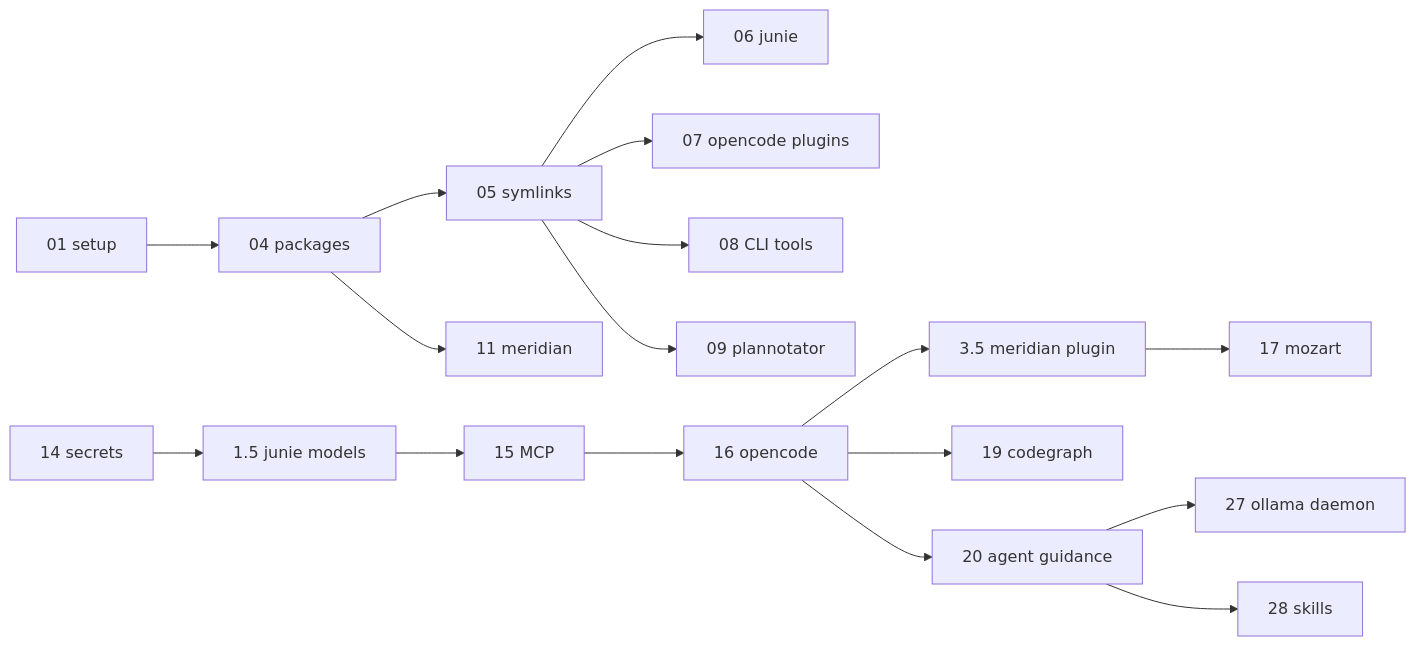
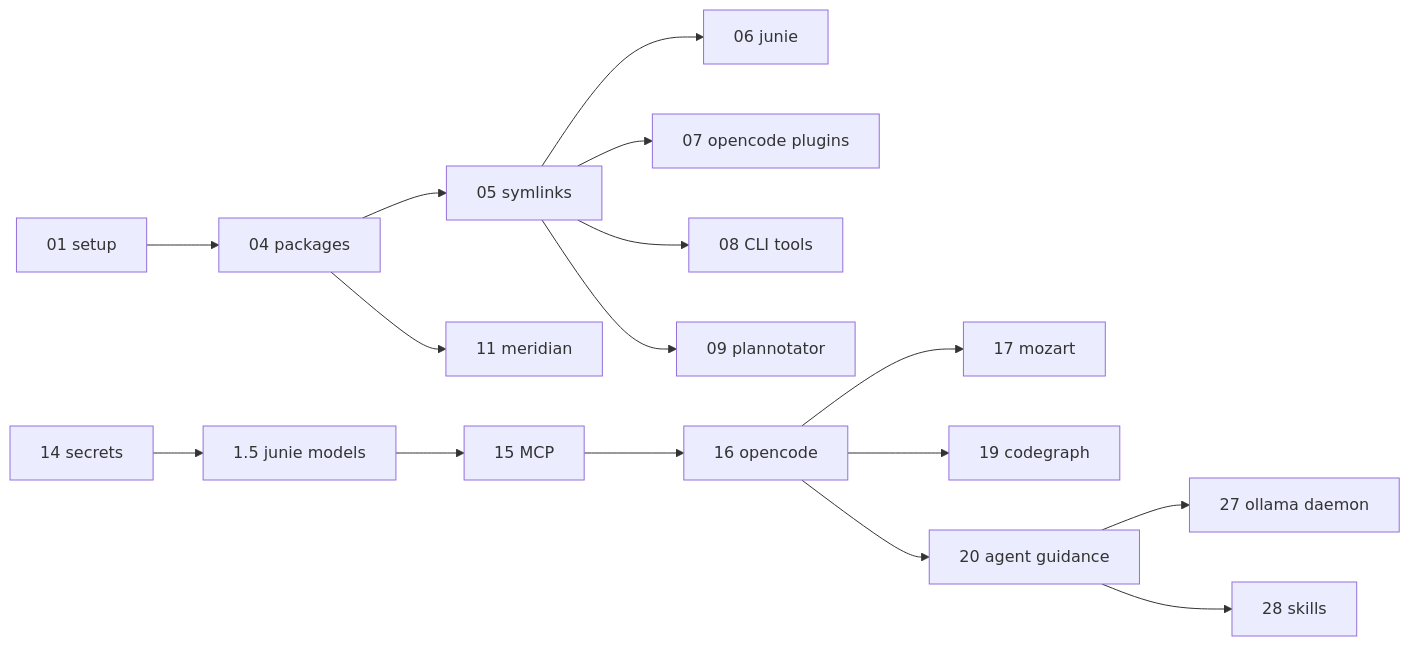
One commit to randytarampi/dotfiles changed the third of 3 diagrams in docs/ORCHESTRATION.md. Above: the diagram before and after it, drawn with Mermaid. The commit also changed other lines of this file and 45 other files, not shown here.

````diff
--- a/docs/ORCHESTRATION.md
+++ b/docs/ORCHESTRATION.md
@@ -263,19 +271,18 @@
 ```mermaid
 graph LR
     S01[01 setup] --> S04[04 packages]
     S04 --> S05[05 symlinks]
     S05 --> S06[06 junie]
     S05 --> S07[07 opencode plugins]
     S05 --> S08[08 CLI tools]
     S05 --> S09[09 plannotator]
     S04 --> S11[11 meridian]
     S14[14 secrets] --> S1_5[1.5 junie models]
     S1_5 --> S15[15 MCP]
     S15 --> S16[16 opencode]
-    S16 --> S3_5[3.5 meridian plugin]
-    S3_5 --> S17[17 mozart]
+    S16 --> S17[17 mozart]
     S16 --> S19[19 codegraph]
     S16 --> S20[20 agent guidance]
     S20 --> S27[27 ollama daemon]
     S20 --> S28[28 skills]
 ```
````
